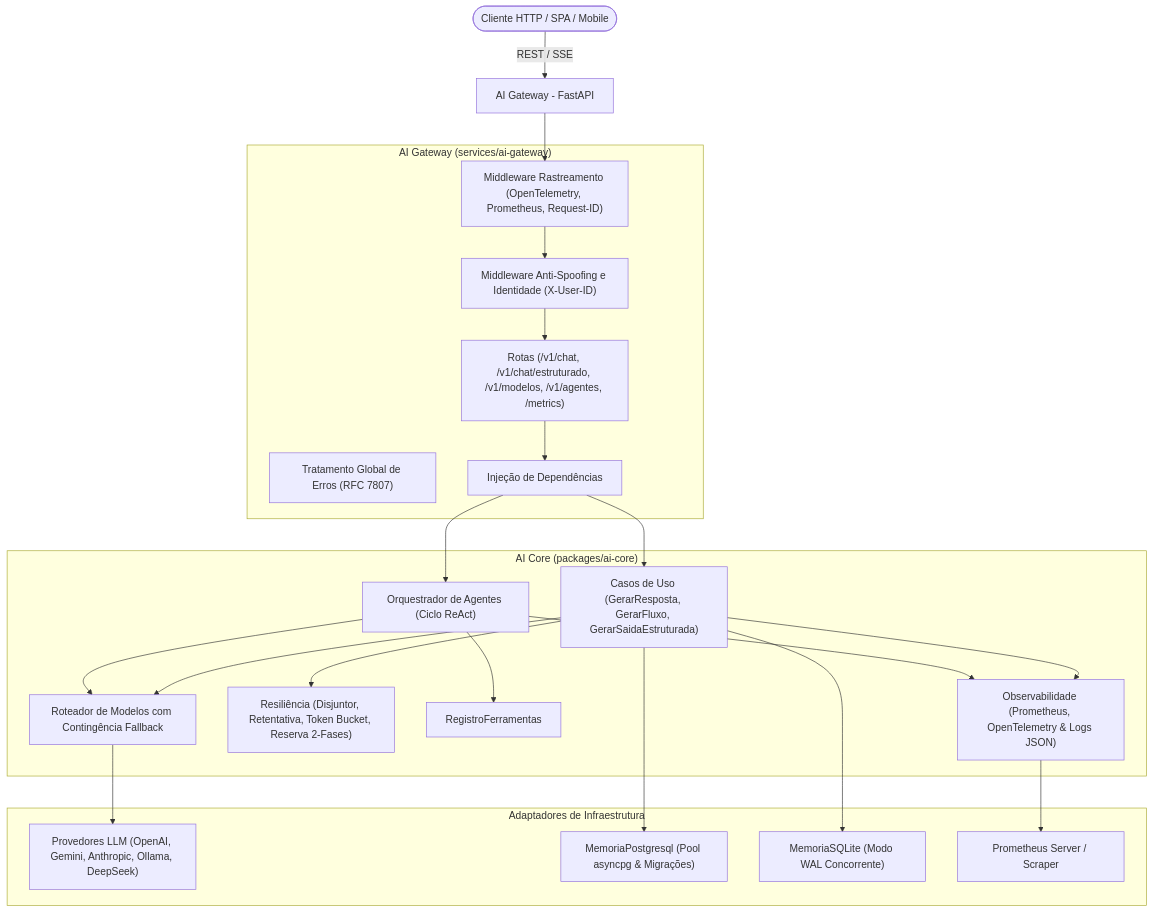
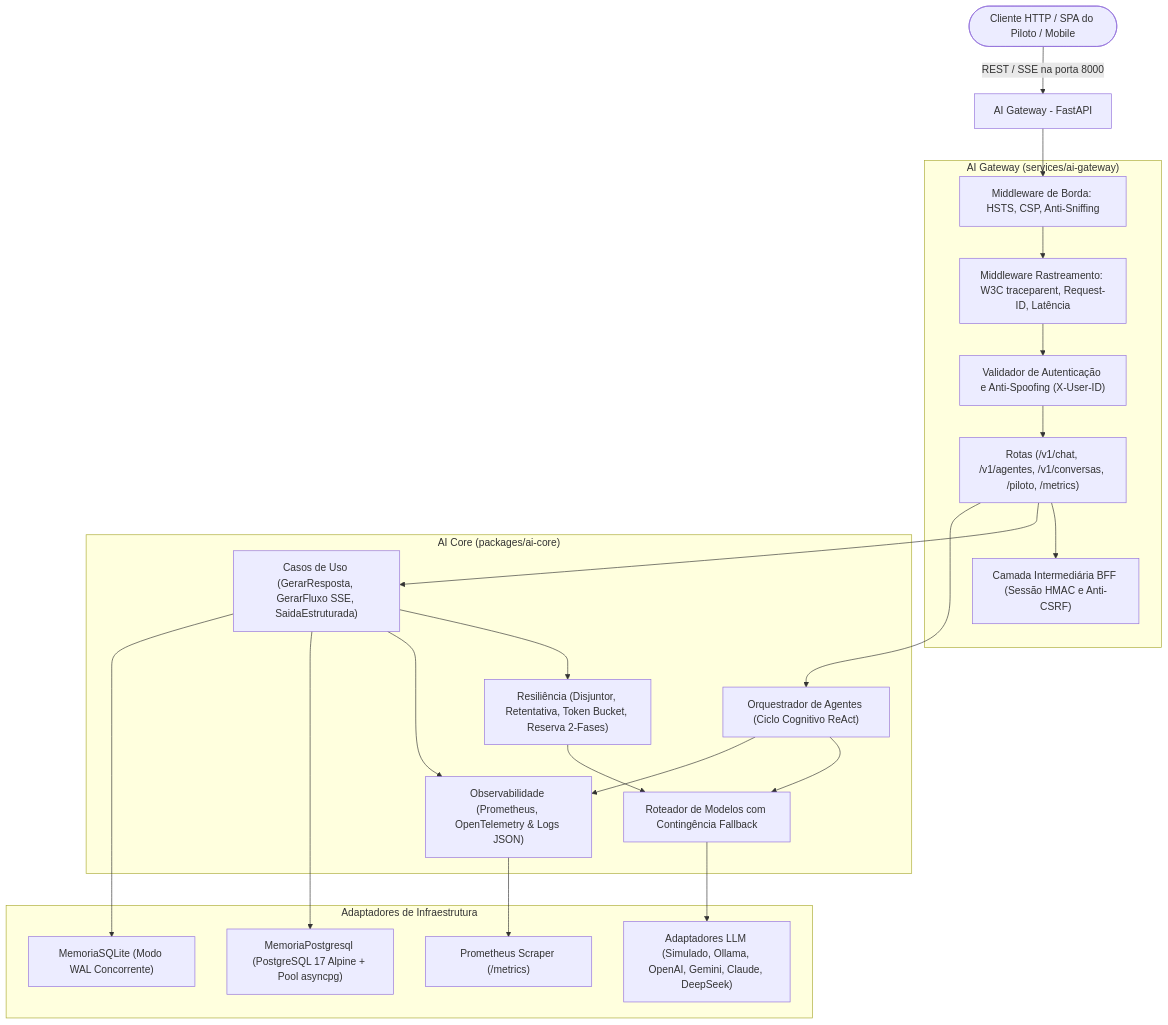
Before and after one commit to AirtonNettu/reusable-ai-backend-architecture: the diagram in README.md, drawn with Mermaid. The commit also changed other lines of this file and 9 other files, not shown here.

````diff
--- a/README.md
+++ b/README.md
@@ -34,47 +43,40 @@
 ```mermaid
 flowchart TD
-    Cliente([Cliente HTTP / SPA / Mobile]) -->|REST / SSE| Gateway[AI Gateway - FastAPI]
+    Cliente([Cliente HTTP / SPA do Piloto / Mobile]) -->|REST / SSE na porta 8000| Gateway[AI Gateway - FastAPI]
     
     subgraph GatewayCamada ["AI Gateway (services/ai-gateway)"]
-        Rotas["Rotas (/v1/chat, /v1/chat/estruturado, /v1/modelos, /v1/agentes, /metrics)"]
-        AuthMiddleware["Middleware Anti-Spoofing e Identidade (X-User-ID)"]
-        RastreamentoMiddleware["Middleware Rastreamento (OpenTelemetry, Prometheus, Request-ID)"]
-        ErroMiddleware["Tratamento Global de Erros (RFC 7807)"]
-        Injecao["Injeção de Dependências"]
+        MidSec["Middleware de Borda: HSTS, CSP, Anti-Sniffing"]
+        MidTrace["Middleware Rastreamento: W3C traceparent, Request-ID, Latência"]
+        MidAuth["Validador de Autenticação e Anti-Spoofing (X-User-ID)"]
+        Rotas["Rotas (/v1/chat, /v1/agentes, /v1/conversas, /piloto, /metrics)"]
+        BFF["Camada Intermediária BFF (Sessão HMAC e Anti-CSRF)"]
     end
-    
-    Gateway --> RastreamentoMiddleware
-    RastreamentoMiddleware --> AuthMiddleware
-    AuthMiddleware --> Rotas
-    Rotas --> Injecao
+
+    Gateway --> MidSec --> MidTrace --> MidAuth --> Rotas
+    Rotas --> BFF
     
     subgraph CoreCamada ["AI Core (packages/ai-core)"]
-        CasosUso["Casos de Uso (GerarResposta, GerarFluxo, GerarSaidaEstruturada)"]
+        CasosUso["Casos de Uso (GerarResposta, GerarFluxo SSE, SaidaEstruturada)"]
+        Resiliencia["Resiliência (Disjuntor, Retentativa, Token Bucket, Reserva 2-Fases)"]
         Roteador["Roteador de Modelos com Contingência Fallback"]
-        Resiliencia["Resiliência (Disjuntor, Retentativa, Token Bucket, Reserva 2-Fases)"]
-        Orquestrador["Orquestrador de Agentes (Ciclo ReAct)"]
-        RegFerramentas["RegistroFerramentas"]
-        Obs["Observabilidade (Prometheus, OpenTelemetry & Logs JSON)"]
+        Orquestrador["Orquestrador de Agentes (Ciclo Cognitivo ReAct)"]
+        ObsCore["Observabilidade (Prometheus, OpenTelemetry & Logs JSON)"]
     end
-    
-    Injecao --> CasosUso
-    Injecao --> Orquestrador
-    CasosUso --> Roteador
-    CasosUso --> Resiliencia
-    CasosUso --> Obs
+
+    Rotas --> CasosUso & Orquestrador
+    CasosUso --> Resiliencia --> Roteador
     Orquestrador --> Roteador
-    Orquestrador --> RegFerramentas
-    Orquestrador --> Obs
+    CasosUso --> ObsCore
+    Orquestrador --> ObsCore
     
     subgraph AdaptadoresCamada ["Adaptadores de Infraestrutura"]
-        Provedores["Provedores LLM (OpenAI, Gemini, Anthropic, Ollama, DeepSeek)"]
-        Postgres["MemoriaPostgresql (Pool asyncpg & Migrações)"]
+        Provedores["Adaptadores LLM (Simulado, Ollama, OpenAI, Gemini, Claude, DeepSeek)"]
+        Postgres["MemoriaPostgresql (PostgreSQL 17 Alpine + Pool asyncpg)"]
         SQLite["MemoriaSQLite (Modo WAL Concorrente)"]
-        Prometheus["Prometheus Server / Scraper"]
+        Prometheus["Prometheus Scraper (/metrics)"]
     end
-    
+
     Roteador --> Provedores
-    CasosUso --> Postgres
-    CasosUso --> SQLite
-    Obs --> Prometheus
+    CasosUso --> Postgres & SQLite
+    ObsCore --> Prometheus
 ```
````
